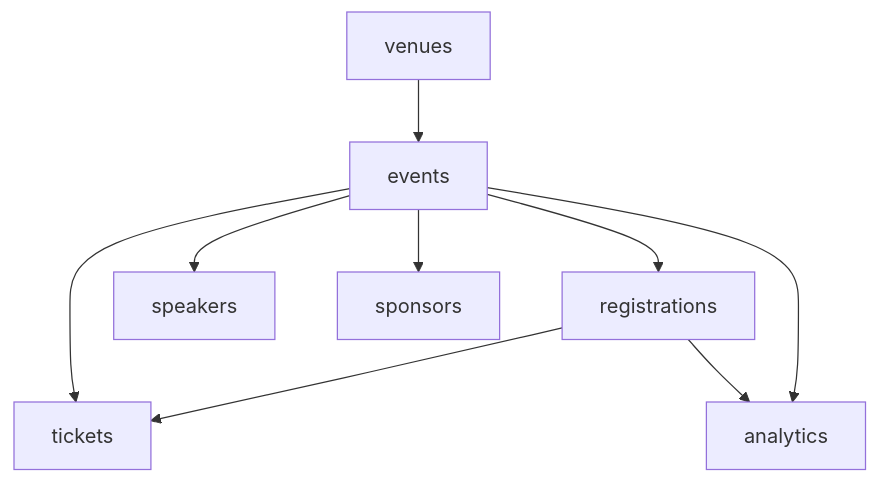
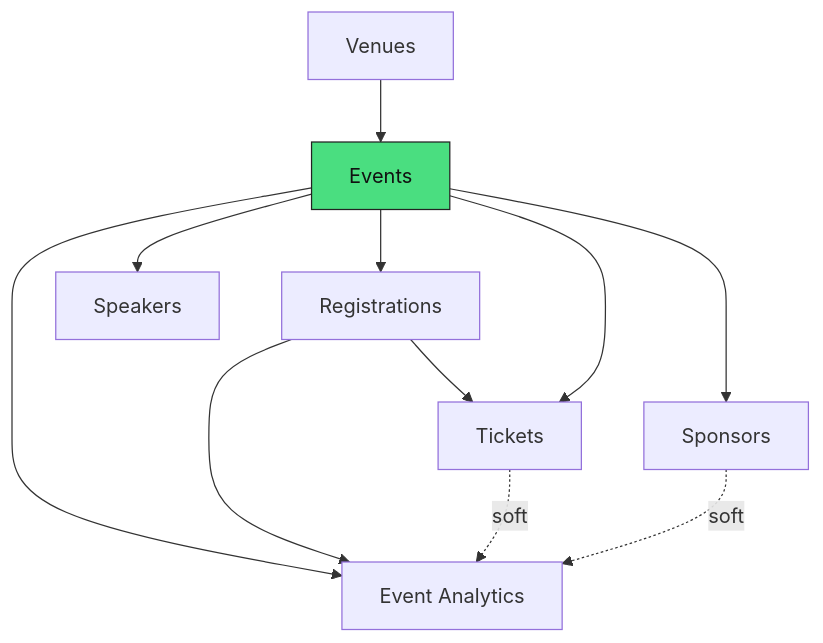
One commit to Max-Nijenkamp/FlowFlex changed the first of 2 diagrams in vault/domains/events/_index.md. Above: the diagram before and after it, drawn with Mermaid. The commit also changed other lines of this file and 2956 other files, not shown here.

````diff
--- a/vault/domains/events/_index.md
+++ b/vault/domains/events/_index.md
@@ -44,11 +36,16 @@
 ```mermaid
 graph TD
-    venues --> events
-    events --> registrations
-    registrations --> tickets
+    venues[Venues] --> events[Events]
+    events --> registrations[Registrations]
+    registrations --> tickets[Tickets]
     events --> tickets
-    events --> speakers
-    events --> sponsors
-    events --> analytics
+    events --> speakers[Speakers]
+    events --> sponsors[Sponsors]
+    events --> analytics[Event Analytics]
     registrations --> analytics
+    tickets -.soft.-> analytics
+    sponsors -.soft.-> analytics
+
+    classDef anchor fill:#4ADE80,stroke:#222,color:#111;
+    class events anchor;
 ```
````
